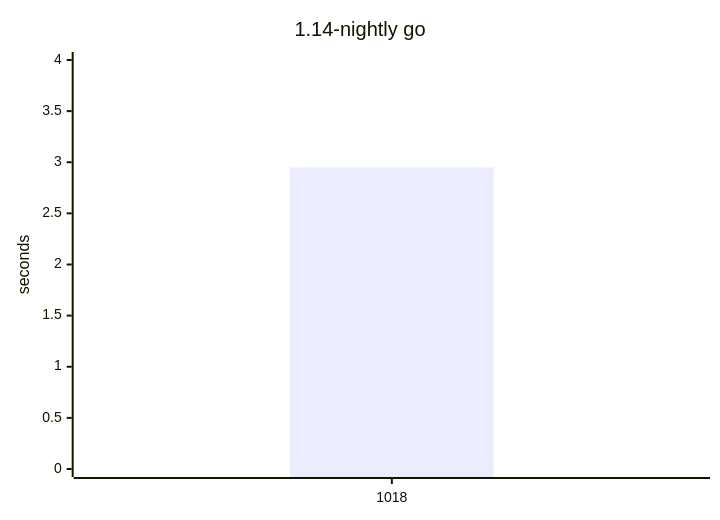
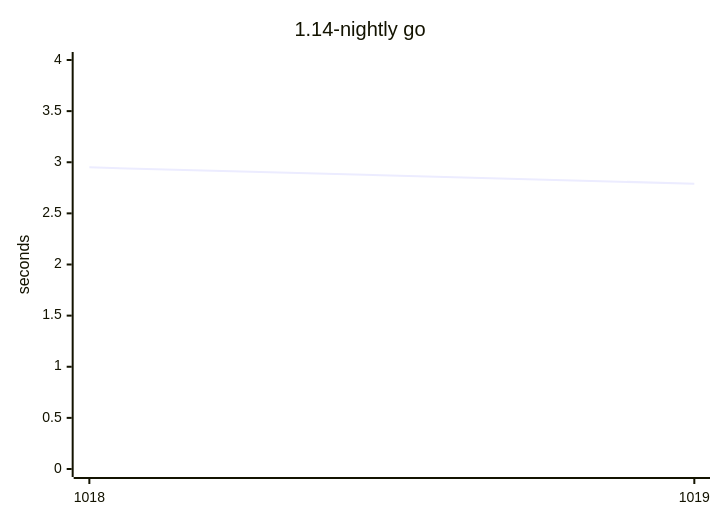
The fifth of 9 diagrams in README.md (yamanori99/DistSSHRun.jl), drawn with Mermaid before and after one commit. The commit also changed other lines of this file and 1 other file, not shown here.

````diff
--- a/README.md
+++ b/README.md
@@ -118,7 +119,7 @@
 ```mermaid
 xychart-beta
     title "1.14-nightly go"
-    x-axis ["1018"]
+    x-axis ["1018", "1019"]
     y-axis "seconds" 0 --> 4
-    bar [2.95]
+    line [2.95, 2.79]
 ```
````
